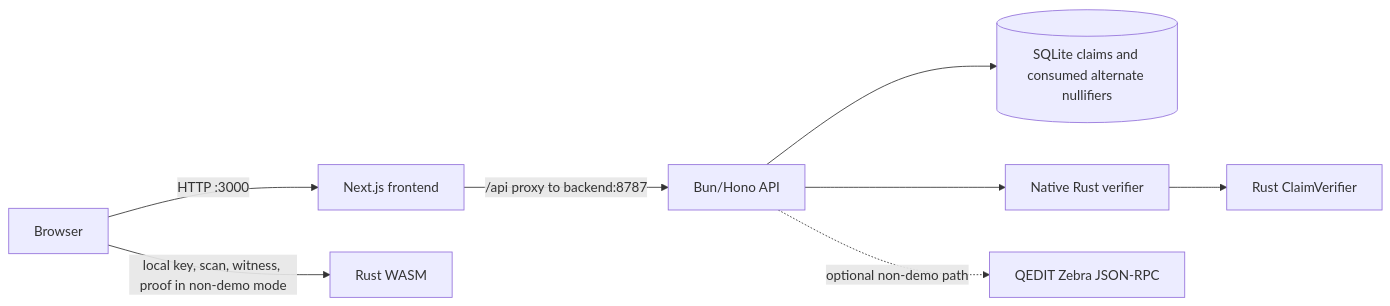
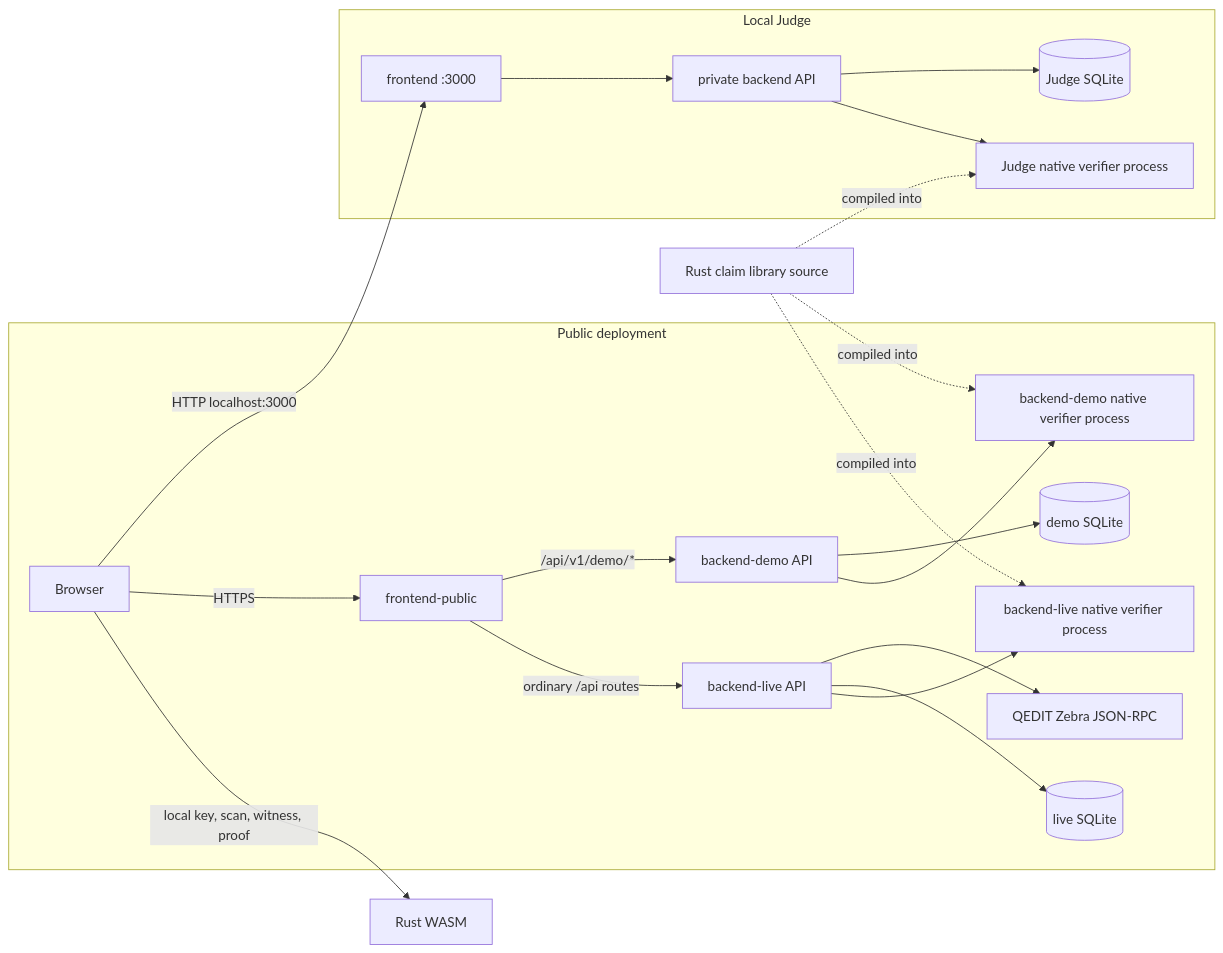
One commit to riyannode/horoizec changed the diagram in docs/ARCHITECTURE.md. Above: the diagram before and after it, drawn with Mermaid. The commit also changed other lines of this file and 3 other files, not shown here.

````diff
--- a/docs/ARCHITECTURE.md
+++ b/docs/ARCHITECTURE.md
@@ -5,10 +5,35 @@
 ```mermaid
 flowchart LR
-  Holder[Browser] -->|HTTP :3000| Next[Next.js frontend]
-  Next -->|/api proxy to backend:8787| API[Bun/Hono API]
-  Holder -->|local key, scan, witness, proof in non-demo mode| WASM[Rust WASM]
-  API --> DB[(SQLite claims and consumed alternate nullifiers)]
-  API --> Verifier[Native Rust verifier]
-  API -. optional non-demo path .-> RPC[QEDIT Zebra JSON-RPC]
-  Verifier --> Core[Rust ClaimVerifier]
+  Holder[Browser] -->|local key, scan, witness, proof| WASM[Rust WASM]
+  subgraph Public[Public deployment]
+    PublicWeb[frontend-public]
+    LiveAPI[backend-live API]
+    LiveVerifier[backend-live native verifier process]
+    LiveDB[(live SQLite)]
+    DemoAPI[backend-demo API]
+    DemoVerifier[backend-demo native verifier process]
+    DemoDB[(demo SQLite)]
+    RPC[QEDIT Zebra JSON-RPC]
+    Holder -->|HTTPS| PublicWeb
+    PublicWeb -->|ordinary /api routes| LiveAPI
+    PublicWeb -->|/api/v1/demo/*| DemoAPI
+    LiveAPI --> LiveVerifier
+    LiveAPI --> LiveDB
+    LiveAPI --> RPC
+    DemoAPI --> DemoVerifier
+    DemoAPI --> DemoDB
+  end
+  subgraph Judge[Local Judge]
+    JudgeWeb[frontend :3000]
+    JudgeAPI[private backend API]
+    JudgeVerifier[Judge native verifier process]
+    JudgeDB[(Judge SQLite)]
+    Holder -->|HTTP localhost:3000| JudgeWeb
+    JudgeWeb --> JudgeAPI
+    JudgeAPI --> JudgeVerifier
+    JudgeAPI --> JudgeDB
+  end
+  Core[Rust claim library source] -. compiled into .-> LiveVerifier
+  Core -. compiled into .-> DemoVerifier
+  Core -. compiled into .-> JudgeVerifier
 ```
````
